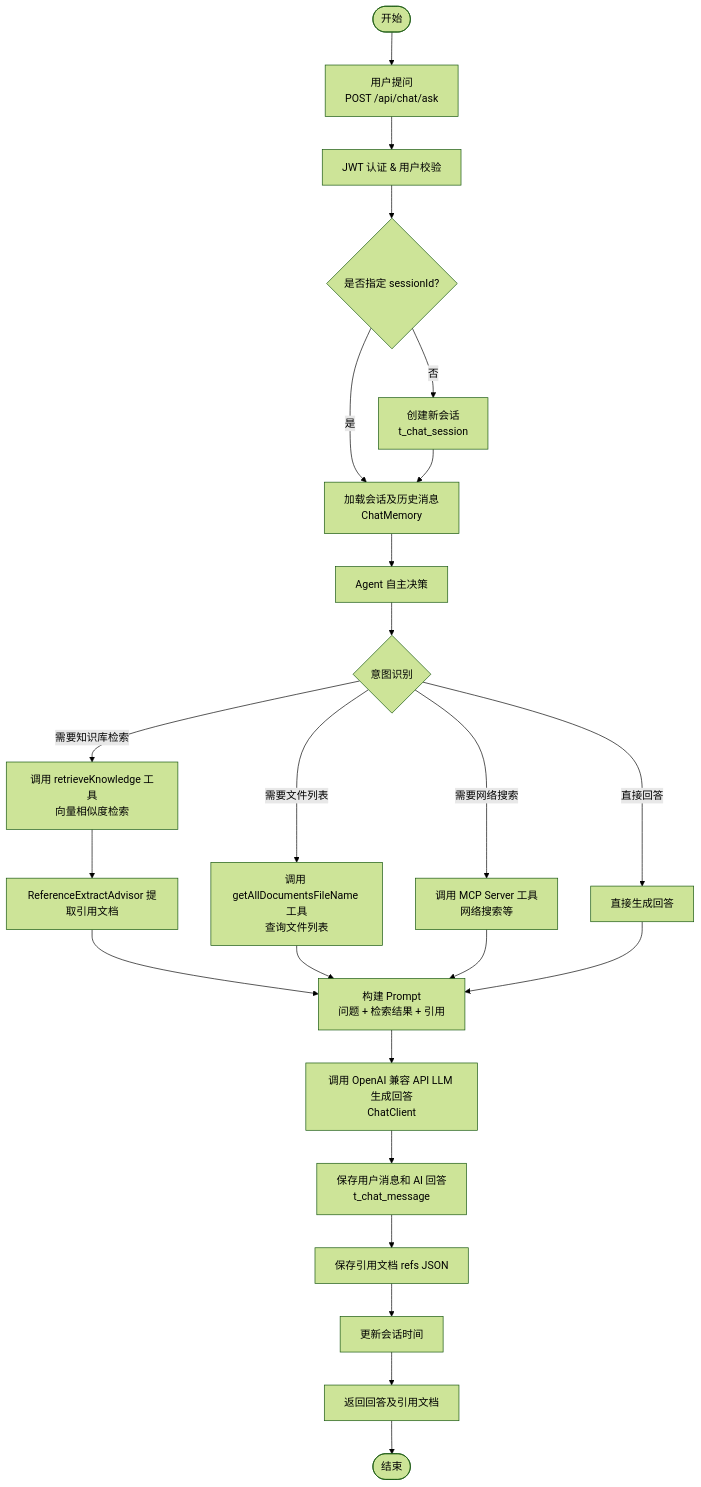
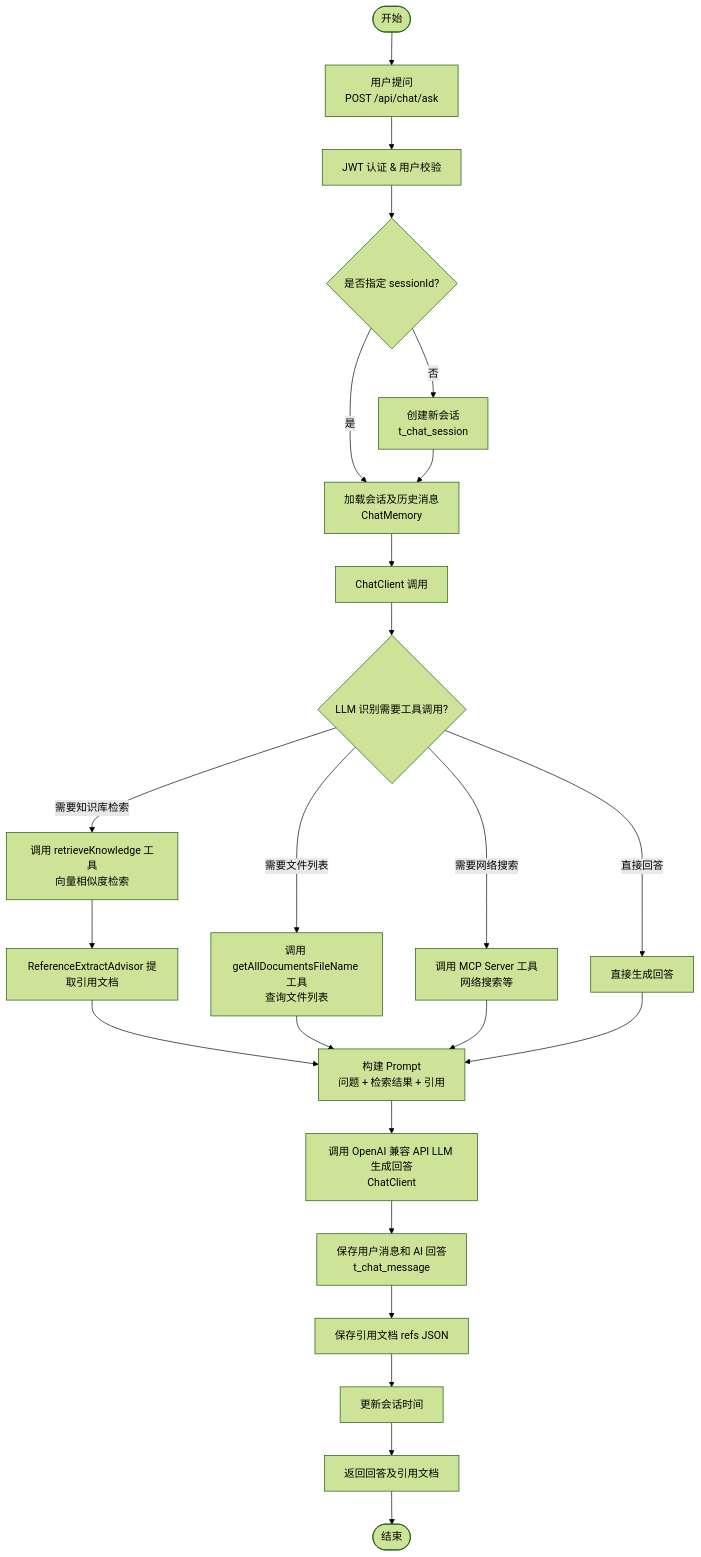
The fourth of 6 diagrams in md/architecture.md (Utomcat/spring-ai-rag-agent), drawn with Mermaid (forest theme) before and after one commit. The commit also changed other lines of this file and 16 other files, not shown here.

````diff
--- a/md/architecture.md
+++ b/md/architecture.md
@@ -242,26 +286,26 @@
 ```mermaid
 flowchart TD
     Start([开始]) --> Ask[用户提问<br/>POST /api/chat/ask]
     Ask --> Auth[JWT 认证 & 用户校验]
     Auth --> GetSession{是否指定 sessionId?}
     GetSession -->|是| LoadSession[加载会话及历史消息<br/>ChatMemory]
     GetSession -->|否| CreateSession[创建新会话<br/>t_chat_session]
     CreateSession --> LoadSession
-    LoadSession --> AgentCall[Agent 自主决策]
-    AgentCall --> IntentDetect{意图识别}
-    IntentDetect -->|需要知识库检索| CallRetrieval[调用 retrieveKnowledge 工具<br/>向量相似度检索]
-    IntentDetect -->|需要文件列表| CallDocList[调用 getAllDocumentsFileName 工具<br/>查询文件列表]
-    IntentDetect -->|需要网络搜索| CallMcp[调用 MCP Server 工具<br/>网络搜索等]
-    IntentDetect -->|直接回答| DirectAnswer[直接生成回答]
+    LoadSession --> ChatClientCall[ChatClient 调用]
+    ChatClientCall --> ToolDetect{LLM 识别需要工具调用?}
+    ToolDetect -->|需要知识库检索| CallRetrieval[调用 retrieveKnowledge 工具<br/>向量相似度检索]
+    ToolDetect -->|需要文件列表| CallDocList[调用 getAllDocumentsFileName 工具<br/>查询文件列表]
+    ToolDetect -->|需要网络搜索| CallMcp[调用 MCP Server 工具<br/>网络搜索等]
+    ToolDetect -->|直接回答| DirectAnswer[直接生成回答]
     CallRetrieval --> ExtractRefs[ReferenceExtractAdvisor 提取引用文档]
     ExtractRefs --> BuildPrompt[构建 Prompt<br/>问题 + 检索结果 + 引用]
     CallDocList --> BuildPrompt
     CallMcp --> BuildPrompt
     DirectAnswer --> BuildPrompt
     BuildPrompt --> CallLLM[调用 OpenAI 兼容 API LLM 生成回答<br/>ChatClient]
     CallLLM --> SaveMsg[保存用户消息和 AI 回答<br/>t_chat_message]
     SaveMsg --> SaveRefs[保存引用文档 refs JSON]
     SaveRefs --> UpdateSession[更新会话时间]
     UpdateSession --> Return[返回回答及引用文档]
     Return --> End([结束])
 ```
````
